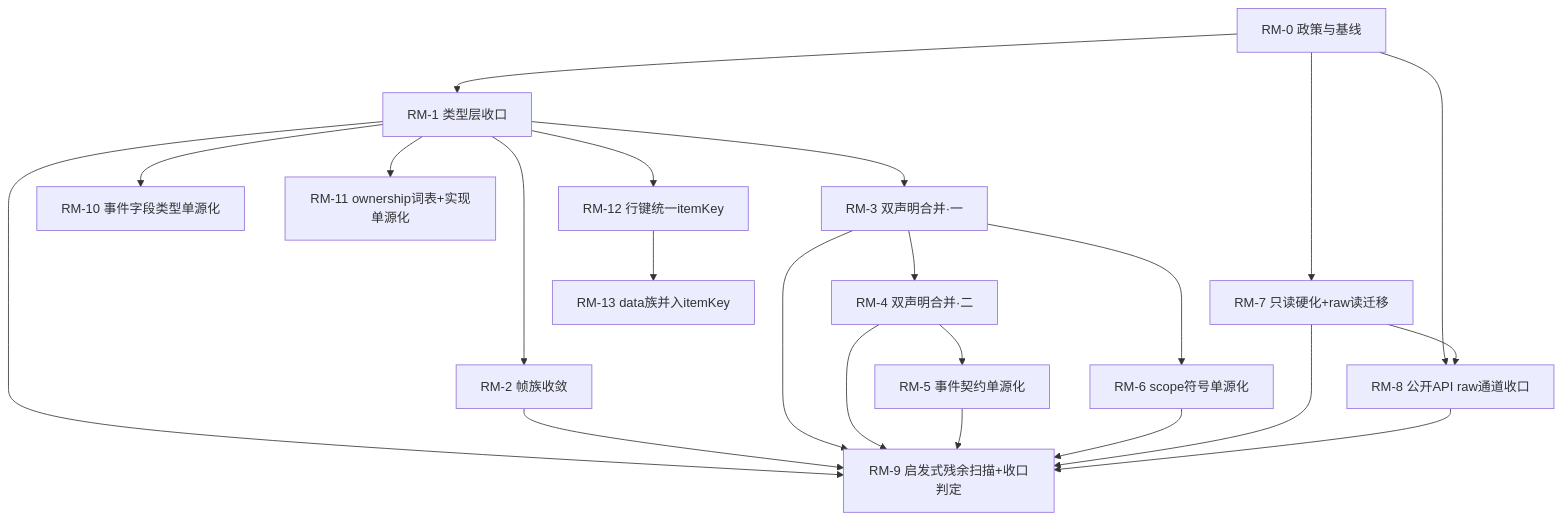
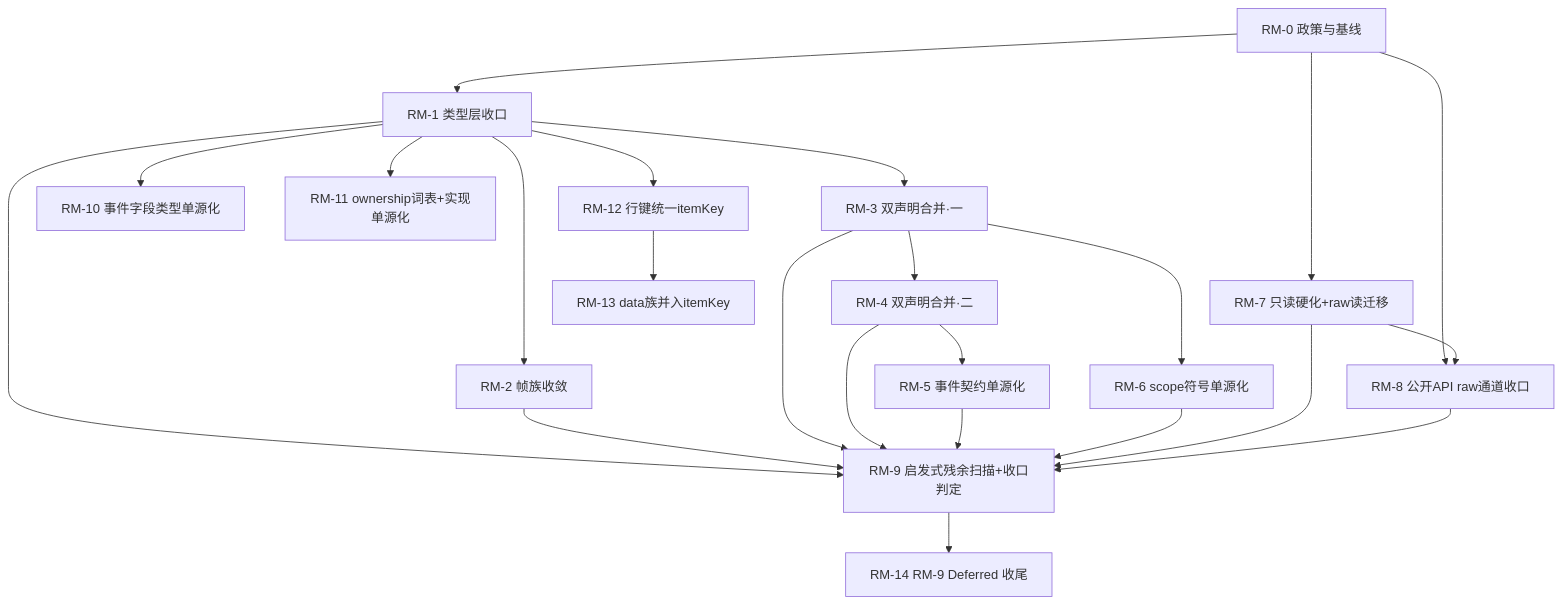
One commit to entropy-cloud/nop-chaos-flux changed the diagram in docs/backlog/renderer-metamodel-roadmap.md. Above: the diagram before and after it, drawn with Mermaid. The commit also changed other lines of this file and 1 other file, not shown here.

````diff
--- a/docs/backlog/renderer-metamodel-roadmap.md
+++ b/docs/backlog/renderer-metamodel-roadmap.md
@@ -114,24 +117,25 @@
 ```mermaid
 graph TD
     RM0[RM-0 政策与基线] --> RM1[RM-1 类型层收口]
     RM0 --> RM7[RM-7 只读硬化+raw读迁移]
     RM0 --> RM8[RM-8 公开API raw通道收口]
     RM1 --> RM2[RM-2 帧族收敛]
     RM1 --> RM3[RM-3 双声明合并·一]
     RM3 --> RM4[RM-4 双声明合并·二]
     RM4 --> RM5[RM-5 事件契约单源化]
     RM3 --> RM6[RM-6 scope符号单源化]
     RM7 --> RM8
     RM1 --> RM9[RM-9 启发式残余扫描+收口判定]
     RM2 --> RM9
     RM3 --> RM9
     RM4 --> RM9
     RM5 --> RM9
     RM6 --> RM9
     RM7 --> RM9
     RM8 --> RM9
     RM1 --> RM10[RM-10 事件字段类型单源化]
     RM1 --> RM11[RM-11 ownership词表+实现单源化]
     RM1 --> RM12[RM-12 行键统一itemKey]
     RM12 --> RM13[RM-13 data族并入itemKey]
+    RM9 --> RM14[RM-14 RM-9 Deferred 收尾]
 ```
````
